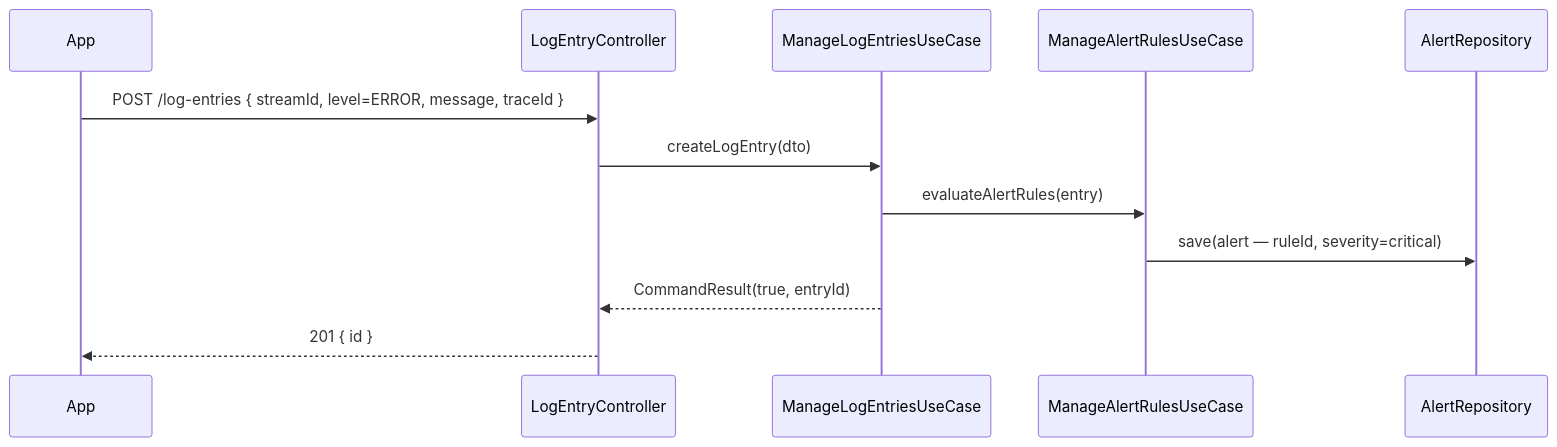
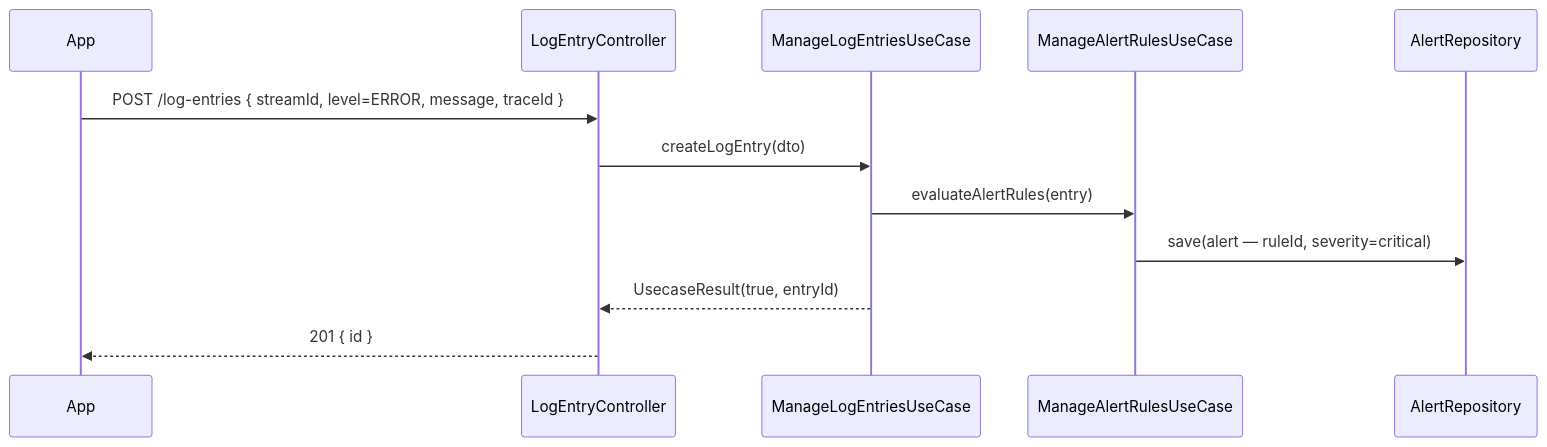
Before and after one commit to UIMSolutions/uim-platform: the third of 3 diagrams in logging/UML.md, drawn with Mermaid. The commit also changed 907 other files, not shown here.

Commit message:
Rename CommandResult

````diff
--- a/logging/UML.md
+++ b/logging/UML.md
@@ -158,15 +158,15 @@
 ```mermaid
 sequenceDiagram
     participant App
     participant LEC as LogEntryController
     participant LEUC as ManageLogEntriesUseCase
     participant ARUC as ManageAlertRulesUseCase
     participant AR as AlertRepository
 
     App->>LEC: POST /log-entries { streamId, level=ERROR, message, traceId }
     LEC->>LEUC: createLogEntry(dto)
     LEUC->>ARUC: evaluateAlertRules(entry)
     ARUC->>AR: save(alert — ruleId, severity=critical)
-    LEUC-->>LEC: CommandResult(true, entryId)
+    LEUC-->>LEC: UsecaseResult(true, entryId)
     LEC-->>App: 201 { id }
 ```
````
